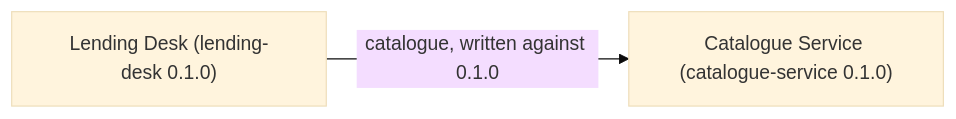
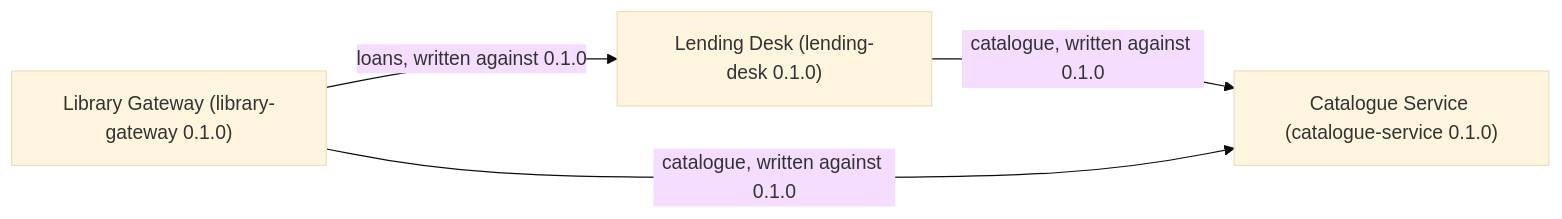
One commit to SpecArch/specarch changed the diagram in examples/estate/docs/estate.md. Above: the diagram before and after it, drawn with Mermaid (base theme). The commit also changed other lines of this file and 31 other files, not shown here.

````diff
--- a/examples/estate/docs/estate.md
+++ b/examples/estate/docs/estate.md
@@ -22,6 +24,9 @@
 ```mermaid
 flowchart LR
   lending_desk["Lending Desk (lending-desk 0.1.0)"]
   catalogue_service["Catalogue Service (catalogue-service 0.1.0)"]
+  library_gateway["Library Gateway (library-gateway 0.1.0)"]
   lending_desk -->|"catalogue, written against 0.1.0"| catalogue_service
+  library_gateway -->|"loans, written against 0.1.0"| lending_desk
+  library_gateway -->|"catalogue, written against 0.1.0"| catalogue_service
 ```
````
